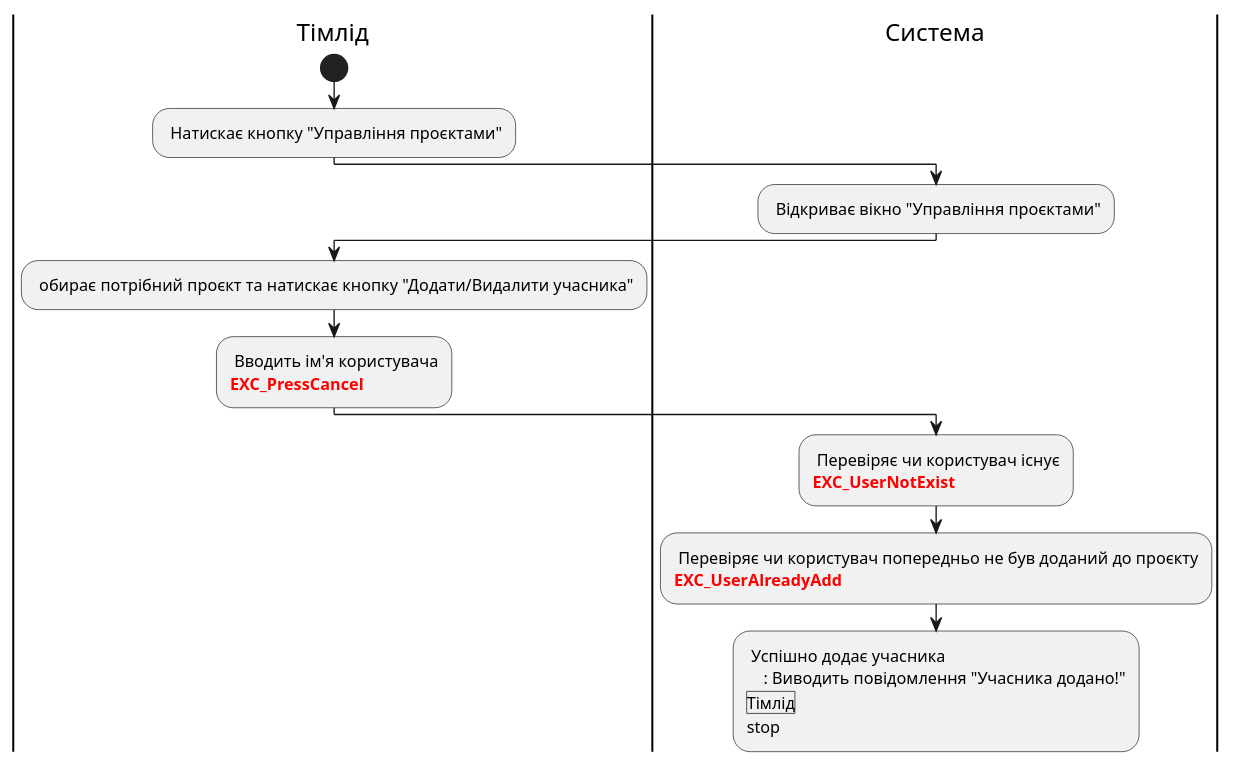
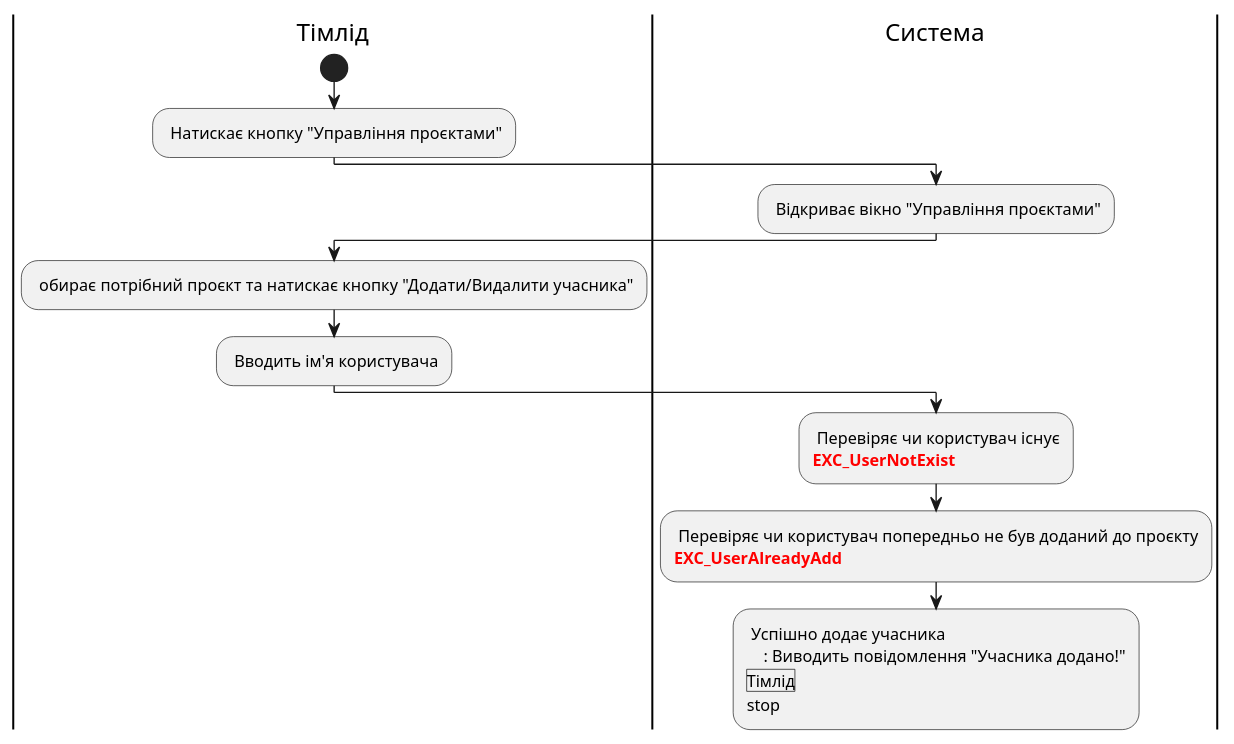
The first of 2 diagrams in docs/use cases/README.md (io-23SklyarAnton/pupsiki-bd), drawn with PlantUML before and after one commit. The commit also changed other lines of this file, not shown here.

```diff
--- a/docs/use cases/README.md
+++ b/docs/use cases/README.md
@@ -13,22 +13,21 @@
 @startuml
 
     |Тімлід|
     start;
         : Натискає кнопку "Управління проєктами";
     |Система|
         : Відкриває вікно "Управління проєктами";
     |Тімлід|
         : обирає потрібний проєкт та натискає кнопку "Додати/Видалити учасника";
-        : Вводить ім'я користувача
-        <font color="red"><b>EXC_PressCancel;
+        : Вводить ім'я користувача;
     |Система|
         : Перевіряє чи користувач існує
         <font color="red"><b>EXC_UserNotExist;
         : Перевіряє чи користувач попередньо не був доданий до проєкту
         <font color="red"><b>EXC_UserAlreadyAdd;
         : Успішно додає учасника
         : Виводить повідомлення "Учасника додано!"
     |Тімлід|
     stop;
 
 @enduml
```
